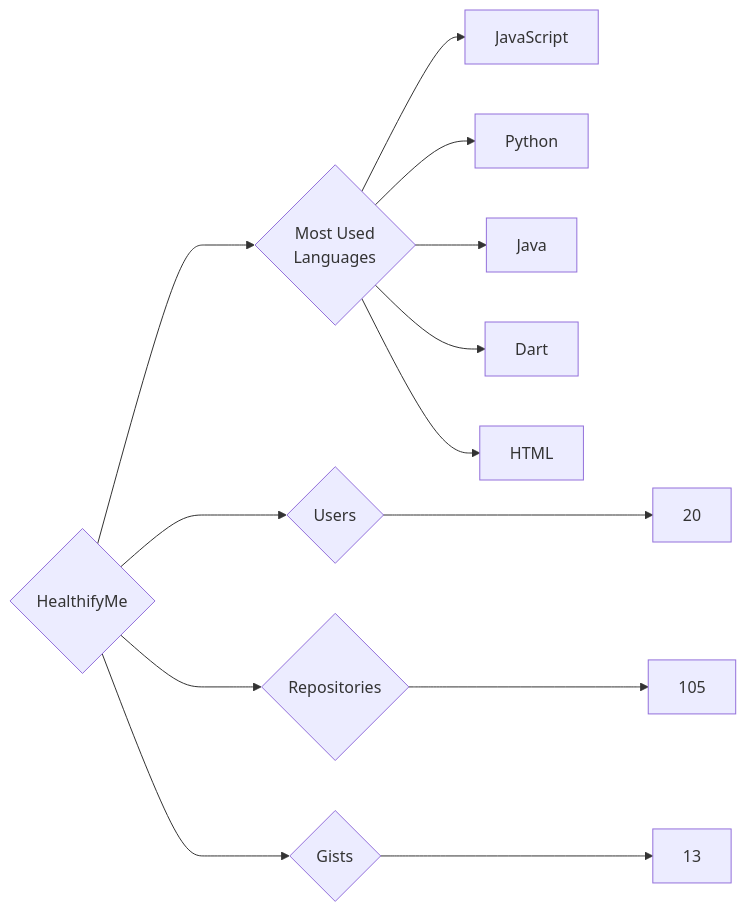
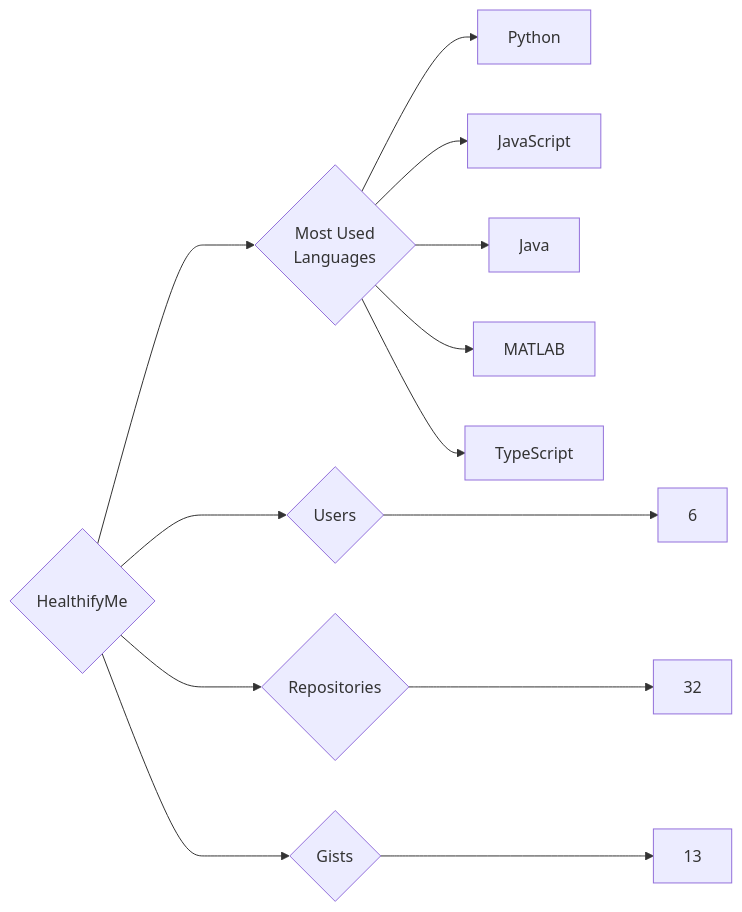
The diagram in targets/HealthifyMe/README.md (trickest/insiders), drawn with Mermaid before and after one commit. The commit also changed 882 other files, not shown here.

````diff
--- a/targets/HealthifyMe/README.md
+++ b/targets/HealthifyMe/README.md
@@ -3,13 +3,13 @@
 ```mermaid
 graph LR
 COMPANY_NAME{HealthifyMe}
-COMPANY_NAME ---> U{Users} ---> UN[20]
-COMPANY_NAME ---> R{Repositories} ---> RN[105]
+COMPANY_NAME ---> U{Users} ---> UN[6]
+COMPANY_NAME ---> R{Repositories} ---> RN[32]
 COMPANY_NAME ---> G{Gists} ---> GN[13]
 COMPANY_NAME ---> ML{Most Used<br>Languages}
+ML --> Python[Python]
 ML --> JavaScript[JavaScript]
-ML --> Python[Python]
 ML --> Java[Java]
-ML --> Dart[Dart]
-ML --> HTML[HTML]
+ML --> MATLAB[MATLAB]
+ML --> TypeScript[TypeScript]
 ```
````
